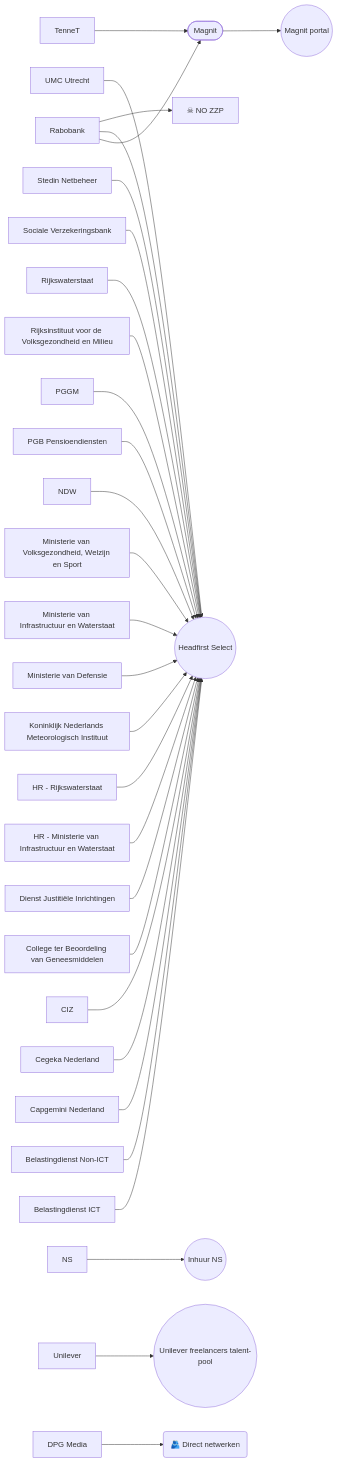
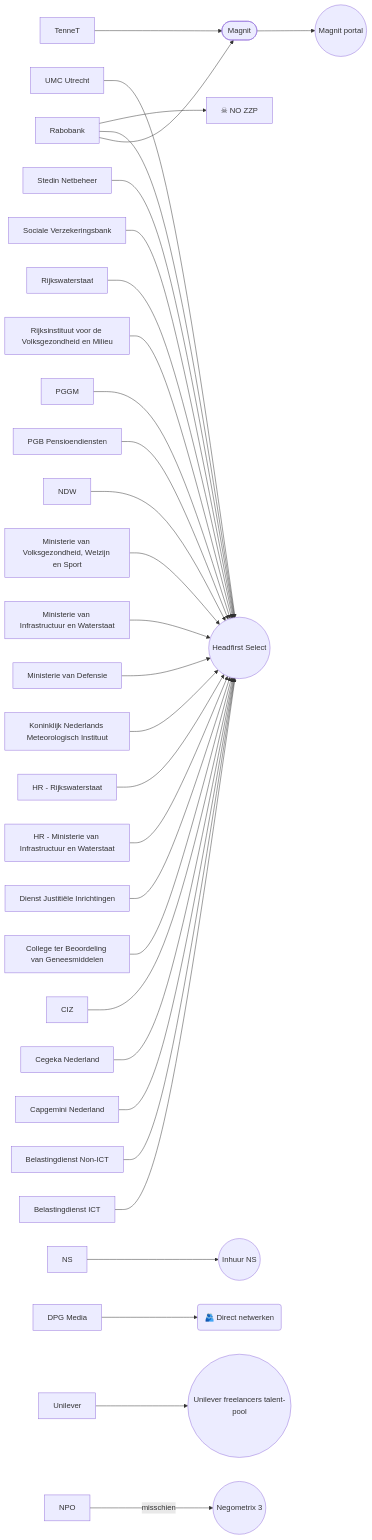
Before and after one commit to bneijt/zzp_inhuur_diagram: the diagram in inhuur_diagram.md, drawn with Mermaid. The commit also changed 1 other file, not shown here.

Commit message:
Move clicks to separate block

````diff
--- a/inhuur_diagram.md
+++ b/inhuur_diagram.md
@@ -17,6 +17,7 @@
 klant_ministerie_van_infrastructuur_en_waterstaat["Ministerie van Infrastructuur en Waterstaat"]
 klant_ministerie_van_volksgezondheid,_welzijn_en_sport["Ministerie van Volksgezondheid, Welzijn en Sport"]
 klant_ndw["NDW"]
+klant_npo["NPO"]
 klant_ns["NS"]
 klant_pgb_pensioendiensten["PGB Pensioendiensten"]
 klant_pggm["PGGM"]
@@ -33,19 +34,11 @@
 broker_magnit(["Magnit"])
 
 das_headfirst_select((Headfirst Select))
-click das_headfirst "https://platform.select.hr/" "https://platform.select.hr/"
-
 das_ns(("Inhuur NS"))
-click das_ns "https://inhuur-ns.my.site.com/" "https://inhuur-ns.my.site.com/"
-
 das_magnit(("Magnit portal"))
-click das_magnit "https://portal.magnitglobal.com/" "https://portal.magnitglobal.com/"
-
+das_human("🫂 Direct netwerken")
 das_unilever_talentpool(("Unilever freelancers talent-pool"))
-click das_unilever_talentpool "https://unileverfreelancers.talent-pool.com/" "https://unileverfreelancers.talent-pool.com/"
-
-das_human("🫂 Direct netwerken")
-
+das_negometrix(("Negometrix 3"))
 
 
 klant_belastingdienst_ict --> das_headfirst_select
@@ -63,6 +56,7 @@
 klant_ministerie_van_infrastructuur_en_waterstaat --> das_headfirst_select
 klant_ministerie_van_volksgezondheid,_welzijn_en_sport --> das_headfirst_select
 klant_ndw --> das_headfirst_select
+klant_npo -- misschien --> das_negometrix
 klant_ns --> das_ns
 klant_pgb_pensioendiensten --> das_headfirst_select
 klant_pggm --> das_headfirst_select
@@ -79,4 +73,11 @@
 
 broker_magnit --> das_magnit
 
+
+%% Links for nodes
+click das_headfirst "https://platform.select.hr/" "https://platform.select.hr/"
+click das_ns "https://inhuur-ns.my.site.com/" "https://inhuur-ns.my.site.com/"
+click das_negometrix "https://platform.negometrix.com/" "https://platform.negometrix.com/"
+click das_unilever_talentpool "https://unileverfreelancers.talent-pool.com/" "https://unileverfreelancers.talent-pool.com/"
+click das_magnit "https://portal.magnitglobal.com/" "https://portal.magnitglobal.com/"
 ```
````
